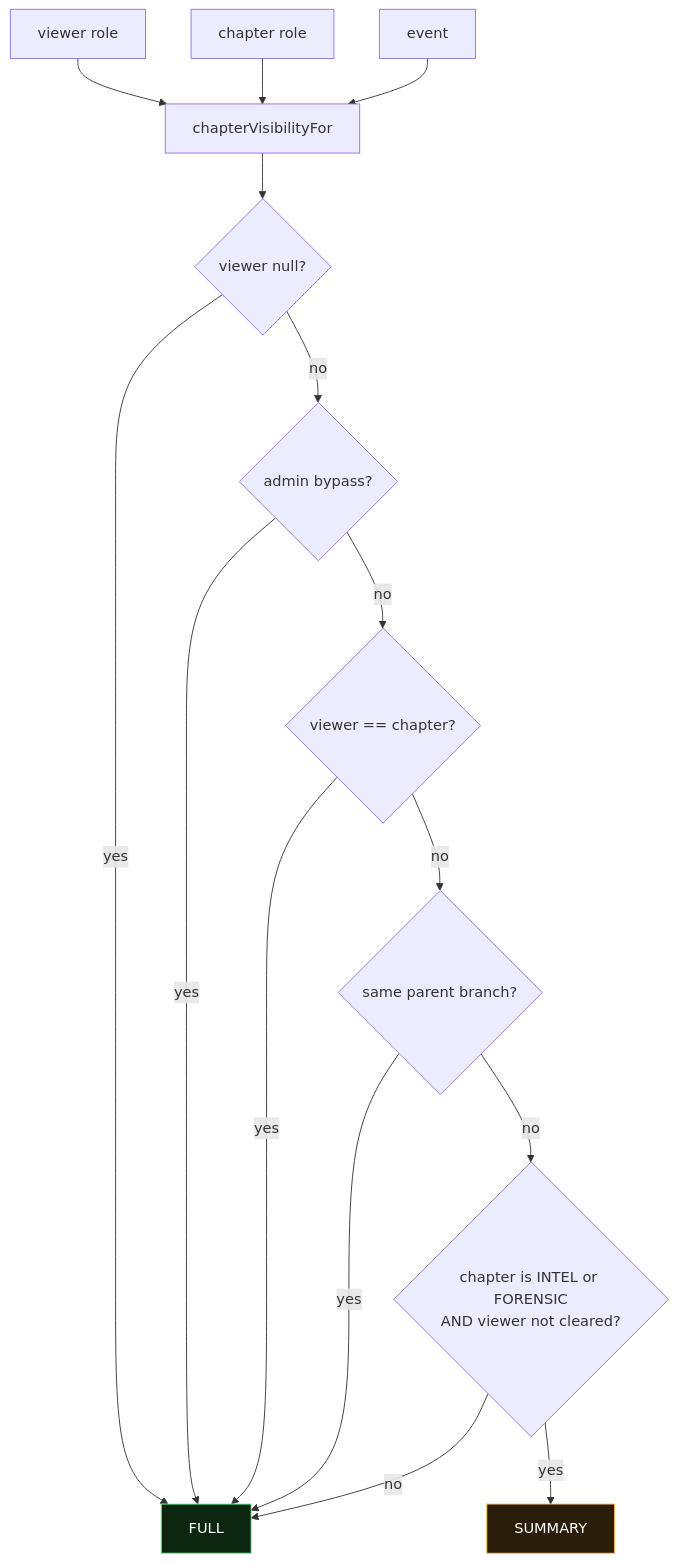
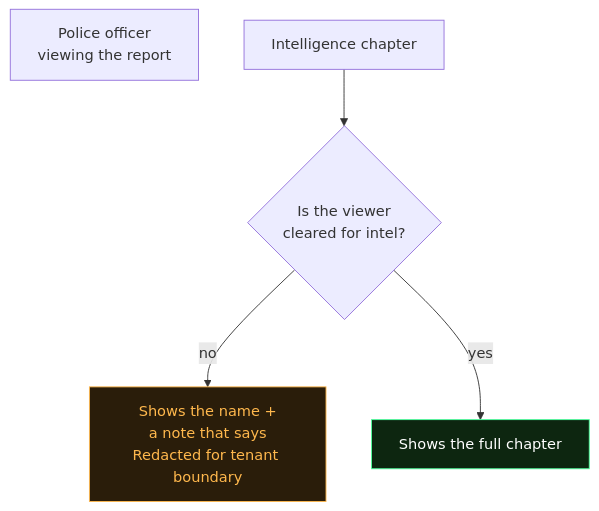
The seventh of 8 diagrams in docs/report-shape-overview.md (Luckyluc321/ISR-Systems-c2-platform), drawn with Mermaid before and after one commit. The commit also changed other lines of this file and 1 other file, not shown here.

First line of the commit message:
docs: rewrite report-shape-overview for humans, not for readers of source

````diff
--- a/docs/report-shape-overview.md
+++ b/docs/report-shape-overview.md
@@ -264,19 +170,10 @@
 ```mermaid
 flowchart TD
-  V[viewer role] --> P[chapterVisibilityFor]
-  C[chapter role] --> P
-  E[event] --> P
-  P --> R1{viewer null?}
-  R1 -->|yes| FULL
-  R1 -->|no| R2{admin bypass?}
-  R2 -->|yes| FULL
-  R2 -->|no| R3{viewer == chapter?}
-  R3 -->|yes| FULL
-  R3 -->|no| R4{same parent branch?}
-  R4 -->|yes| FULL
-  R4 -->|no| R5{chapter is INTEL or FORENSIC<br/>AND viewer not cleared?}
-  R5 -->|yes| SUM[SUMMARY]
-  R5 -->|no| FULL
-  style FULL fill:#0d2610,stroke:#4dff9c,color:#fff
-  style SUM fill:#2a1d0a,stroke:#ffb84d,color:#fff
+  V[Police officer<br/>viewing the report]
+  I[Intelligence chapter]
+  I --> Q{Is the viewer<br/>cleared for intel?}
+  Q -->|no| S[Shows the name +<br/>a note that says<br/>Redacted for tenant boundary]
+  Q -->|yes| F[Shows the full chapter]
+  style S fill:#2a1d0a,stroke:#ffb84d,color:#ffb84d
+  style F fill:#0d2610,stroke:#4dff9c,color:#fff
 ```
````
